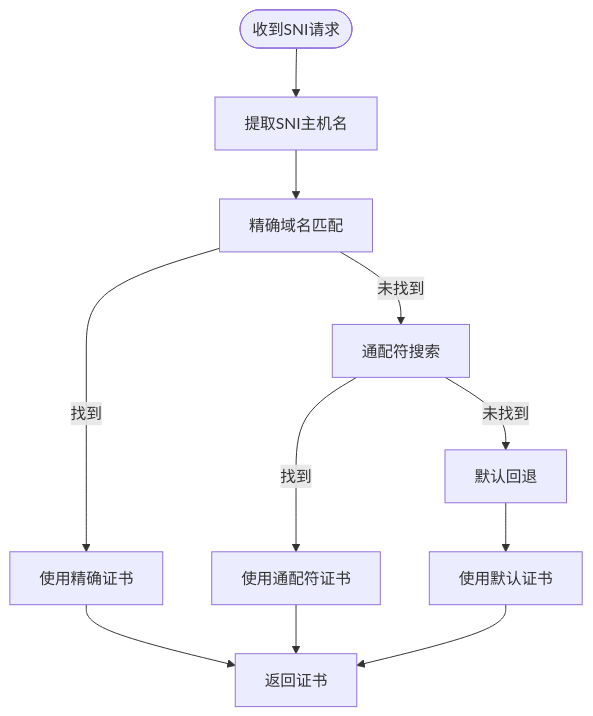
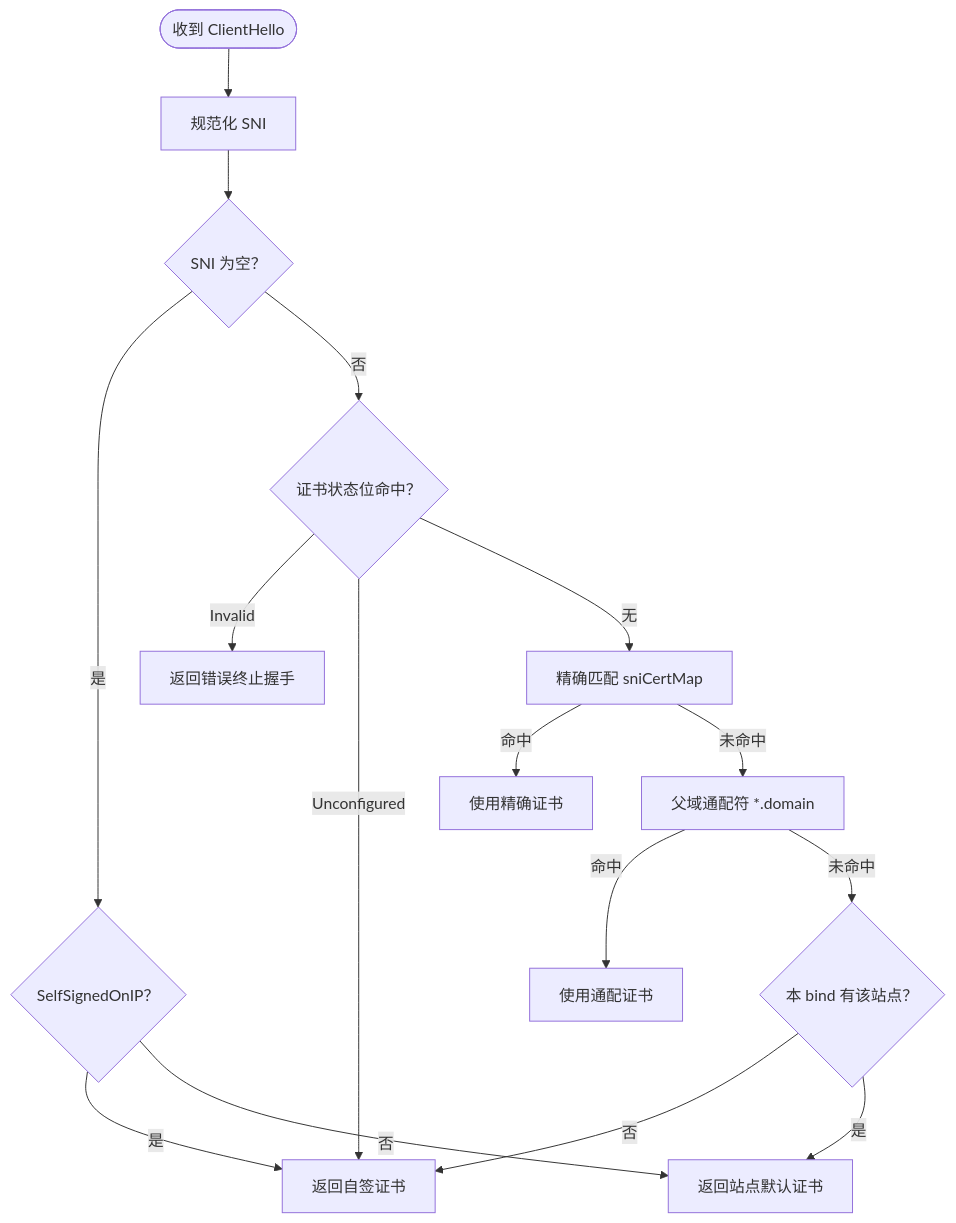
The fifth of 9 diagrams in docs/数据平面处理/TLS 终止与证书管理.md (x01n/My-OpenWaf), drawn with Mermaid before and after one commit. The commit also changed other lines of this file and 622 other files, not shown here.

````diff
--- a/docs/数据平面处理/TLS 终止与证书管理.md
+++ b/docs/数据平面处理/TLS 终止与证书管理.md
@@ -180,13 +324,18 @@
 ```mermaid
 flowchart TD
-Request([收到SNI请求]) --> ExtractSNI[提取SNI主机名]
-ExtractSNI --> ExactMatch[精确域名匹配]
-ExactMatch --> |找到| UseExact[使用精确证书]
-ExactMatch --> |未找到| WildcardSearch[通配符搜索]
-WildcardSearch --> |找到| UseWildcard[使用通配符证书]
-WildcardSearch --> |未找到| DefaultFallback[默认回退]
-DefaultFallback --> UseDefault[使用默认证书]
-UseExact --> ReturnCert[返回证书]
-UseWildcard --> ReturnCert
-UseDefault --> ReturnCert
+Request([收到 ClientHello]) --> ExtractSNI[规范化 SNI]
+ExtractSNI --> Empty{"SNI 为空？"}
+Empty --> |是| OnIP{"SelfSignedOnIP？"}
+OnIP --> |是| UseSelf[返回自签证书]
+OnIP --> |否| UseDefault[返回站点默认证书]
+Empty --> |否| State{"证书状态位命中？"}
+State --> |Invalid| Fail[返回错误终止握手]
+State --> |Unconfigured| UseSelf
+State --> |无| Exact[精确匹配 sniCertMap]
+Exact --> |命中| UseExact[使用精确证书]
+Exact --> |未命中| Wildcard["父域通配符 *.domain"]
+Wildcard --> |命中| UseWildcard[使用通配证书]
+Wildcard --> |未命中| Exists{"本 bind 有该站点？"}
+Exists --> |否| UseSelf
+Exists --> |是| UseDefault
 ```
````
